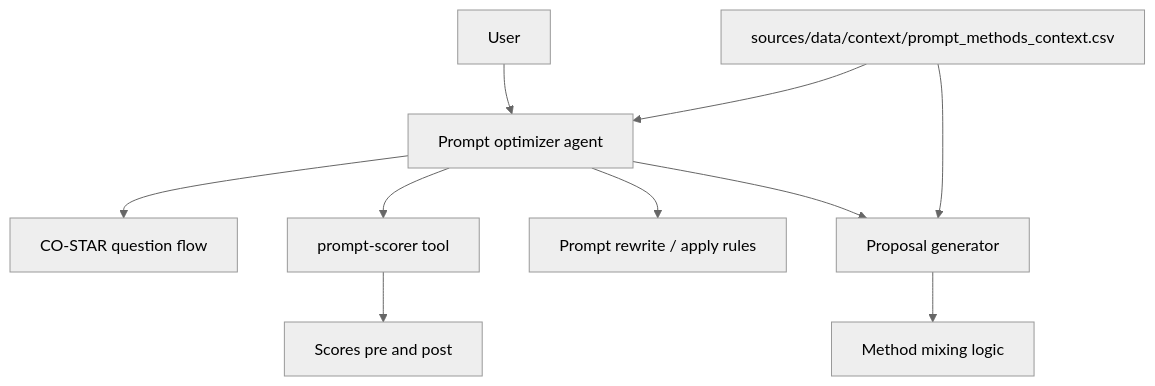
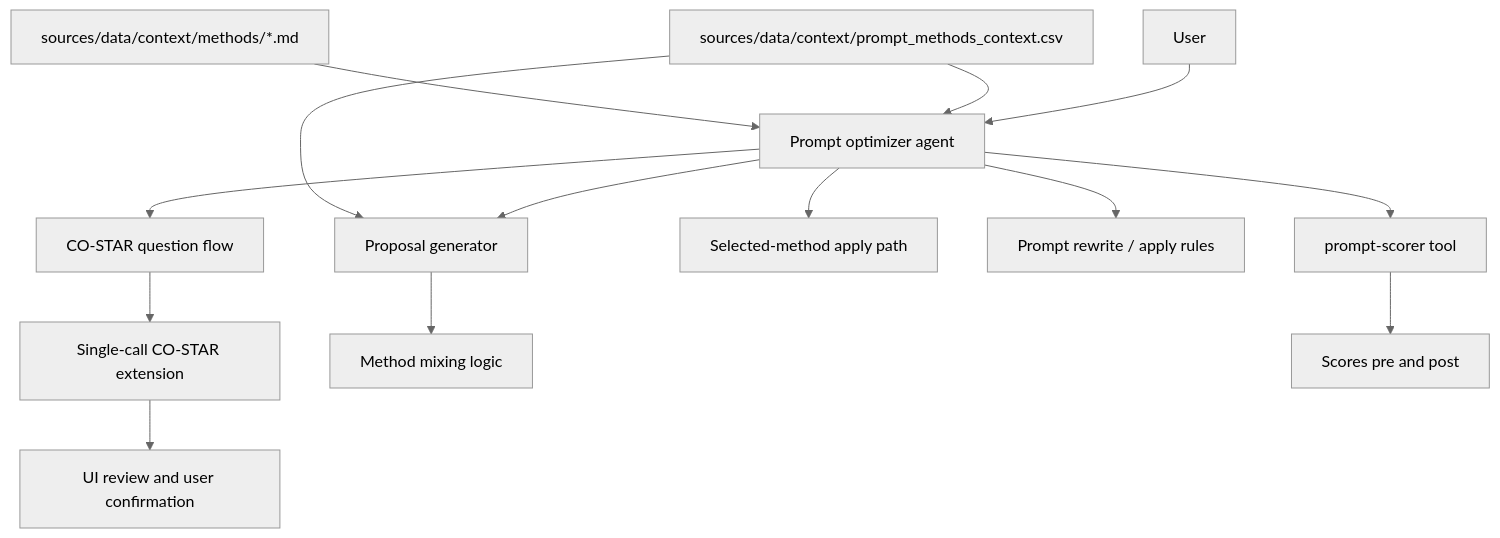
Before and after one commit to trummelbummel/promptymize: the diagram in docs/ai/design/rendered/05-prompt-optimizer-agent.mmd, drawn with Mermaid (neutral theme). The commit also changed 26 other files, not shown here.

```diff
--- a/docs/ai/design/rendered/05-prompt-optimizer-agent.mmd
+++ b/docs/ai/design/rendered/05-prompt-optimizer-agent.mmd
@@ -1,11 +1,16 @@
 graph TD
   User[User] --> Agent[Prompt optimizer agent]
   Agent --> QA[CO-STAR question flow]
+  QA --> Expand[Single-call CO-STAR extension]
+  Expand --> Review[UI review and user confirmation]
   CtxFile[sources/data/context/prompt_methods_context.csv]
+  MethodFiles[sources/data/context/methods/*.md]
   CtxFile --> Agent
+  MethodFiles --> Agent
   Agent --> Propose[Proposal generator]
   Propose --> Mix[Method mixing logic]
+  Agent --> DirectApply[Selected-method apply path]
   Agent --> Apply[Prompt rewrite / apply rules]
   Agent --> Scorer[prompt-scorer tool]
   Scorer --> Scores[Scores pre and post]
   CtxFile --> Propose
```
